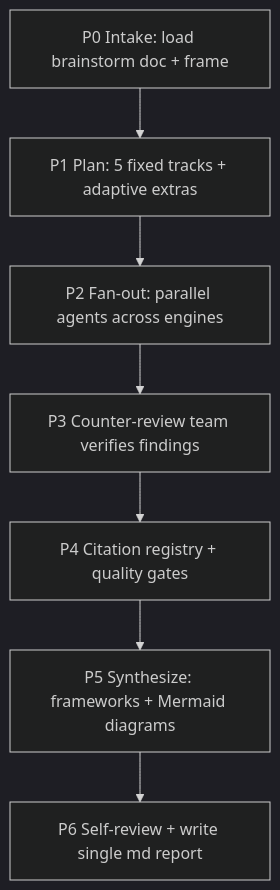
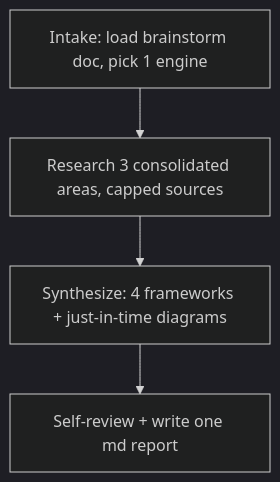
One commit to Globaly-Inc/GH-AI-Skills-and-Plugins changed the diagram in skills/gh-product-deep-research/SKILL.md. Above: the diagram before and after it, drawn with Mermaid (dark theme). The commit also changed other lines of this file and 8 other files, not shown here.

````diff
--- a/skills/gh-product-deep-research/SKILL.md
+++ b/skills/gh-product-deep-research/SKILL.md
@@ -17,9 +17,6 @@
 ```mermaid
 flowchart TD
-  P0[P0 Intake: load brainstorm doc + frame] --> P1[P1 Plan: 5 fixed tracks + adaptive extras]
-  P1 --> P2[P2 Fan-out: parallel agents across engines]
-  P2 --> P3[P3 Counter-review team verifies findings]
-  P3 --> P4[P4 Citation registry + quality gates]
-  P4 --> P5[P5 Synthesize: frameworks + Mermaid diagrams]
-  P5 --> P6[P6 Self-review + write single md report]
+  P0[Intake: load brainstorm doc, pick 1 engine] --> P1[Research 3 consolidated areas, capped sources]
+  P1 --> P2[Synthesize: 4 frameworks + just-in-time diagrams]
+  P2 --> P3[Self-review + write one md report]
 ```
````
